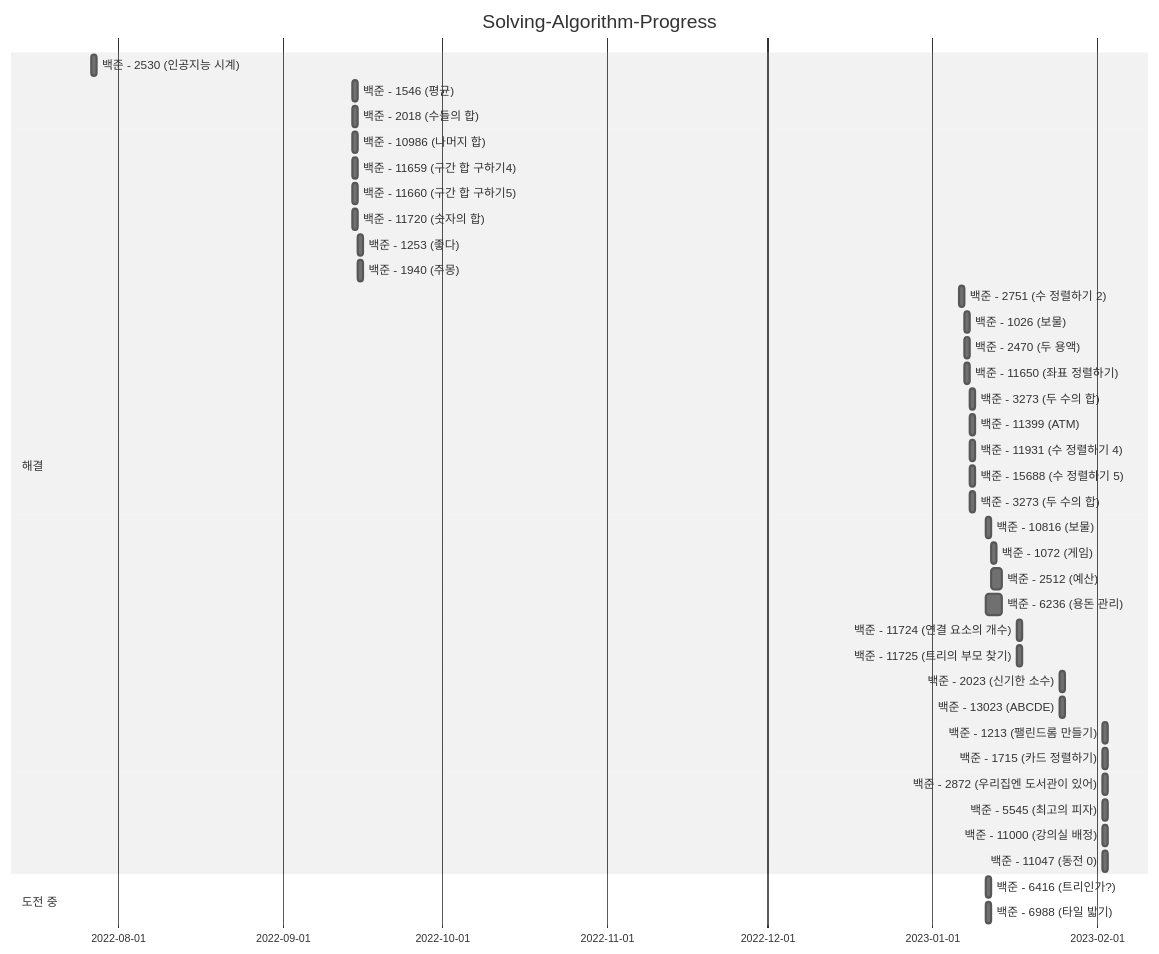
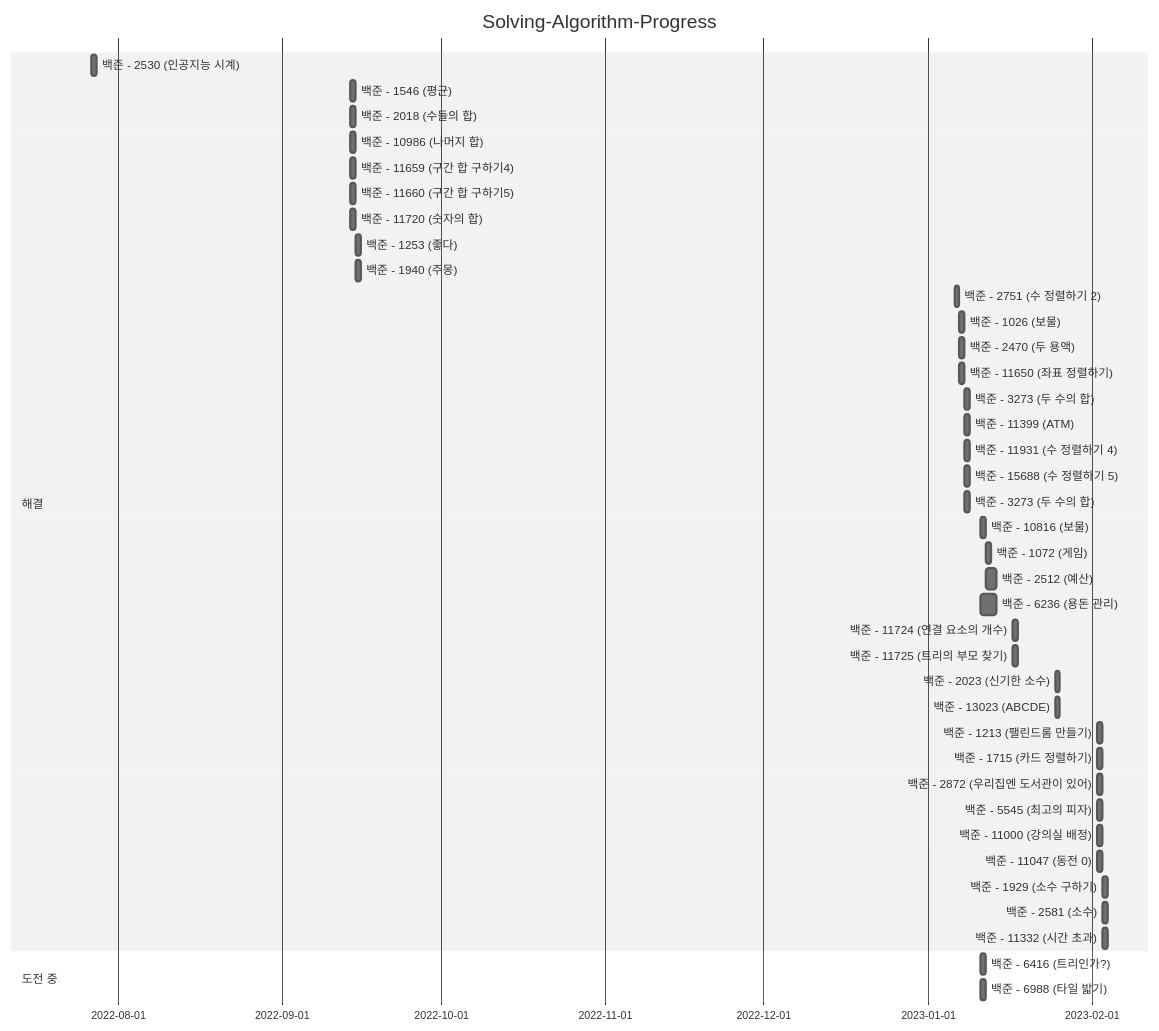
One commit to darkblose/BaekjunJava changed the diagram in README.md. Above: the diagram before and after it, drawn with Mermaid (neutral theme). The commit also changed other lines of this file and 12 other files, not shown here.

````diff
--- a/README.md
+++ b/README.md
@@ -47,43 +50,46 @@
 ```mermaid
 gantt
 dateFormat YYYY-MM-DD
 title Solving-Algorithm-Progress
 
     section 해결
     백준 - 2530 (인공지능 시계)       : chap1, 2022-07-27, 1d
     백준 - 1546 (평균)              : chap1, 2022-09-14, 1d
     백준 - 2018 (수들의 합)          : chap1, 2022-09-14, 1d
     백준 - 10986 (나머지 합)         : chap1, 2022-09-14, 1d
     백준 - 11659 (구간 합 구하기4)     : chap1, 2022-09-14, 1d
     백준 - 11660 (구간 합 구하기5)     : chap1, 2022-09-14, 1d
     백준 - 11720 (숫자의 합)         : chap1, 2022-09-14, 1d
     백준 - 1253 (좋다)              : chap1, 2022-09-15, 1d
     백준 - 1940 (주몽)              : chap1, 2022-09-15, 1d
     백준 - 2751 (수 정렬하기 2)       : chap2, 2023-01-06, 1d
     백준 - 1026 (보물)              : chap2, 2023-01-07, 1d
     백준 - 2470 (두 용액)            : chap2, 2023-01-07, 1d
     백준 - 11650 (좌표 정렬하기)       : chap2, 2023-01-07, 1d
     백준 - 3273 (두 수의 합)         : chap2, 2023-01-08, 1d
     백준 - 11399 (ATM)             : chap2, 2023-01-08, 1d
     백준 - 11931 (수 정렬하기 4)      : chap2, 2023-01-08, 1d
     백준 - 15688 (수 정렬하기 5)      : chap2, 2023-01-08, 1d
     백준 - 3273 (두 수의 합)         : chap2, 2023-01-08, 1d
     백준 - 10816 (보물)             : chap2, 2023-01-11, 1d
     백준 - 1072 (게임)              : chap3, 2023-01-12, 1d
     백준 - 2512 (예산)              : chap3, 2023-01-12, 2d
     백준 - 6236 (용돈 관리)          : chap3, 2023-01-11, 3d
     백준 - 11724 (연결 요소의 개수)    : chap4, 2023-01-17, 1d
     백준 - 11725 (트리의 부모 찾기)    : chap4, 2023-01-17, 1d
     백준 - 2023 (신기한 소수)         : chap5, 2023-01-25, 1d
     백준 - 13023 (ABCDE)           : chap5, 2023-01-25, 1d
     백준 - 1213 (팰린드롬 만들기)       : chap6, 2023-02-02, 1d
     백준 - 1715 (카드 정렬하기)        : chap6, 2023-02-02, 1d
     백준 - 2872 (우리집엔 도서관이 있어) : chap6, 2023-02-02, 1d
     백준 - 5545 (최고의 피자)         : chap6, 2023-02-02, 1d
     백준 - 11000 (강의실 배정)        : chap6, 2023-02-02, 1d
     백준 - 11047 (동전 0)           : chap6, 2023-02-02, 1d
+    백준 - 1929 (소수 구하기)         : chap6, 2023-02-03, 1d
+    백준 - 2581 (소수)              : chap6, 2023-02-03, 1d
+    백준 - 11332 (시간 초과)         : chap6, 2023-02-03, 1d
     
     section 도전 중
     백준 - 6416 (트리인가?)    : challenging, 2023-01-11, 1d
     백준 - 6988 (타일 밟기)    : challenging, 2023-01-11, 1d
 ```
````
